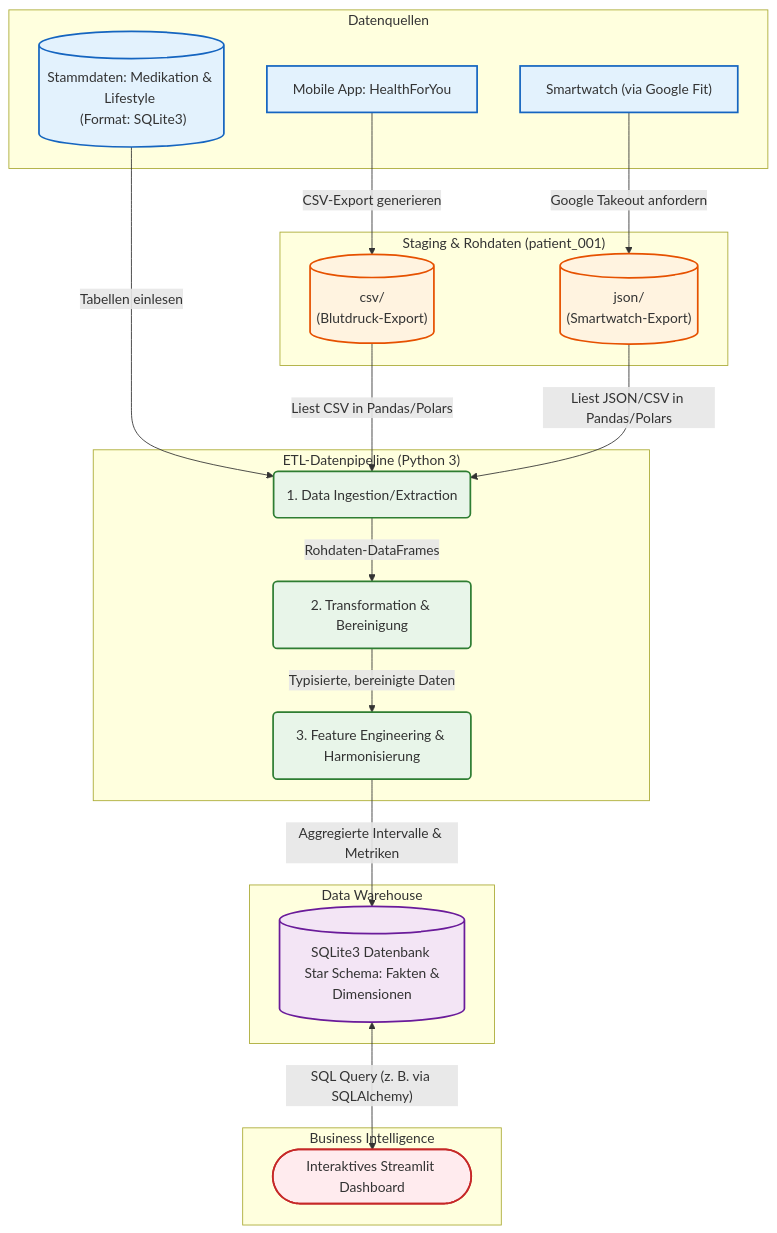
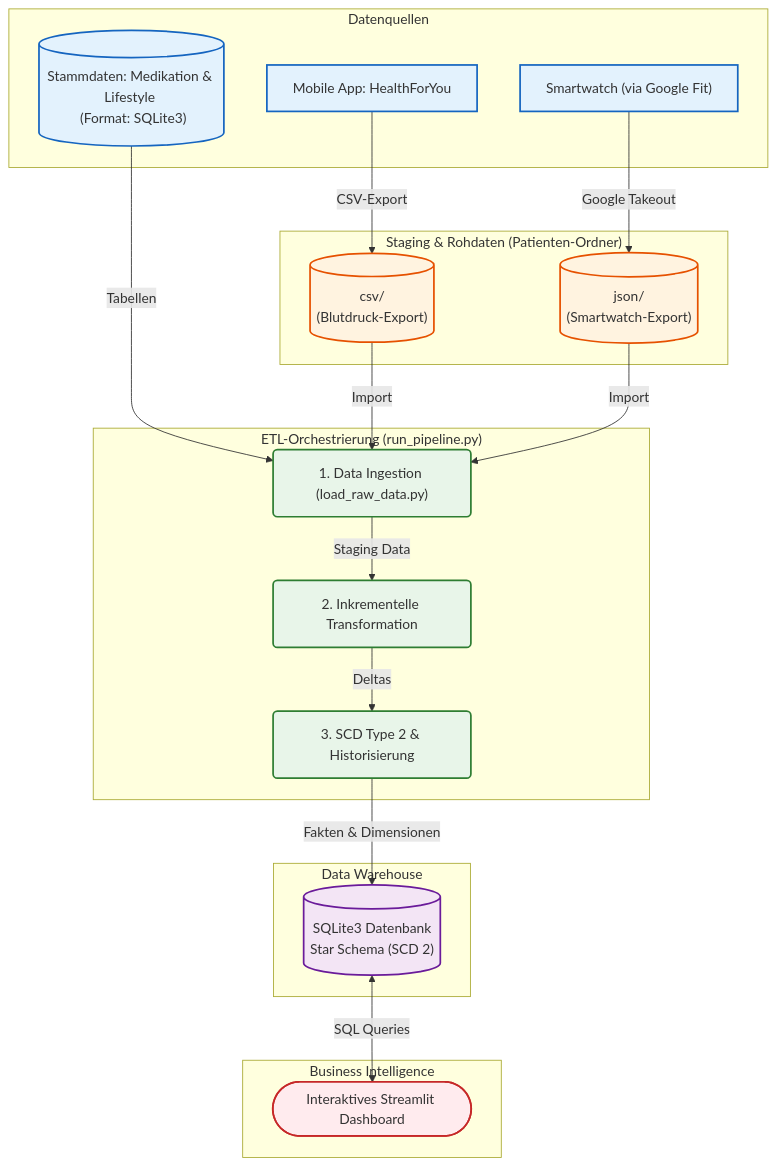
Before and after one commit to NilsBauch/blutdruck_data_engineer_training: the diagram in Architektur/Architektur_Uebersicht.md, drawn with Mermaid. The commit also changed 16 other files, not shown here.

````diff
--- a/Architektur/Architektur_Uebersicht.md
+++ b/Architektur/Architektur_Uebersicht.md
@@ -31,59 +31,59 @@
 ```mermaid
 flowchart TD
     %% Quellen
     subgraph Quellen ["Datenquellen"]
         A["Mobile App: HealthForYou"]
         B["Smartwatch (via Google Fit)"]
         M[("Stammdaten: Medikation & Lifestyle \n (Format: SQLite3)")]
     end
 
     %% Export/Rohdaten Layer (Umstrukturiert)
-    subgraph Export ["Staging & Rohdaten (patient_001)"]
+    subgraph Export ["Staging & Rohdaten (Patienten-Ordner)"]
         C[("csv/ \n (Blutdruck-Export)")]
         D[("json/ \n (Smartwatch-Export)")]
     end
 
     %% Pipeline Layer
-    subgraph ETL ["ETL-Datenpipeline (Python 3)"]
-        E("1. Data Ingestion/Extraction")
-        F("2. Transformation & Bereinigung")
-        G("3. Feature Engineering & Harmonisierung")
+    subgraph ETL ["ETL-Orchestrierung (run_pipeline.py)"]
+        E("1. Data Ingestion (load_raw_data.py)")
+        F("2. Inkrementelle Transformation")
+        G("3. SCD Type 2 & Historisierung")
     end
 
     %% Storage Layer
     subgraph Storage ["Data Warehouse"]
-        H[("SQLite3 Datenbank \n Star Schema: Fakten & Dimensionen")]
+        H[("SQLite3 Datenbank \n Star Schema (SCD 2)")]
     end
 
     %% Presentation Layer
     subgraph Analyse ["Business Intelligence"]
         I(["Interaktives Streamlit Dashboard"])
     end
 
     %% Datenfluss
-    A -->|"CSV-Export generieren"| C
-    B -->|"Google Takeout anfordern"| D
-    M -->|"Tabellen einlesen"| E
+    A -->|"CSV-Export"| C
+    B -->|"Google Takeout"| D
+    M -->|"Tabellen"| E
 
-    C -->|"Liest CSV in Pandas/Polars"| E
-    D -->|"Liest JSON/CSV in Pandas/Polars"| E
+    C -->|"Import"| E
+    D -->|"Import"| E
 
-    E -->|"Rohdaten-DataFrames"| F
-    F -->|"Typisierte, bereinigte Daten"| G
-    G -->|"Aggregierte Intervalle & Metriken"| H
+    E -->|"Staging Data"| F
+    F -->|"Deltas"| G
+    G -->|"Fakten & Dimensionen"| H
 
-    H <-->|"SQL Query (z. B. via SQLAlchemy)"| I
+    H <-->|"SQL Queries"| I
 
     %% Styling
     classDef source fill:#e3f2fd,stroke:#1565c0,stroke-width:2px;
     classDef raw fill:#fff3e0,stroke:#e65100,stroke-width:2px;
     classDef process fill:#e8f5e9,stroke:#2e7d32,stroke-width:2px;
     classDef dwh fill:#f3e5f5,stroke:#6a1b9a,stroke-width:2px;
     classDef dash fill:#ffebee,stroke:#c62828,stroke-width:2px;
 
     class A,B,M source;
     class C,D raw;
     class E,F,G process;
     class H dwh;
     class I dash;
 ```
````
